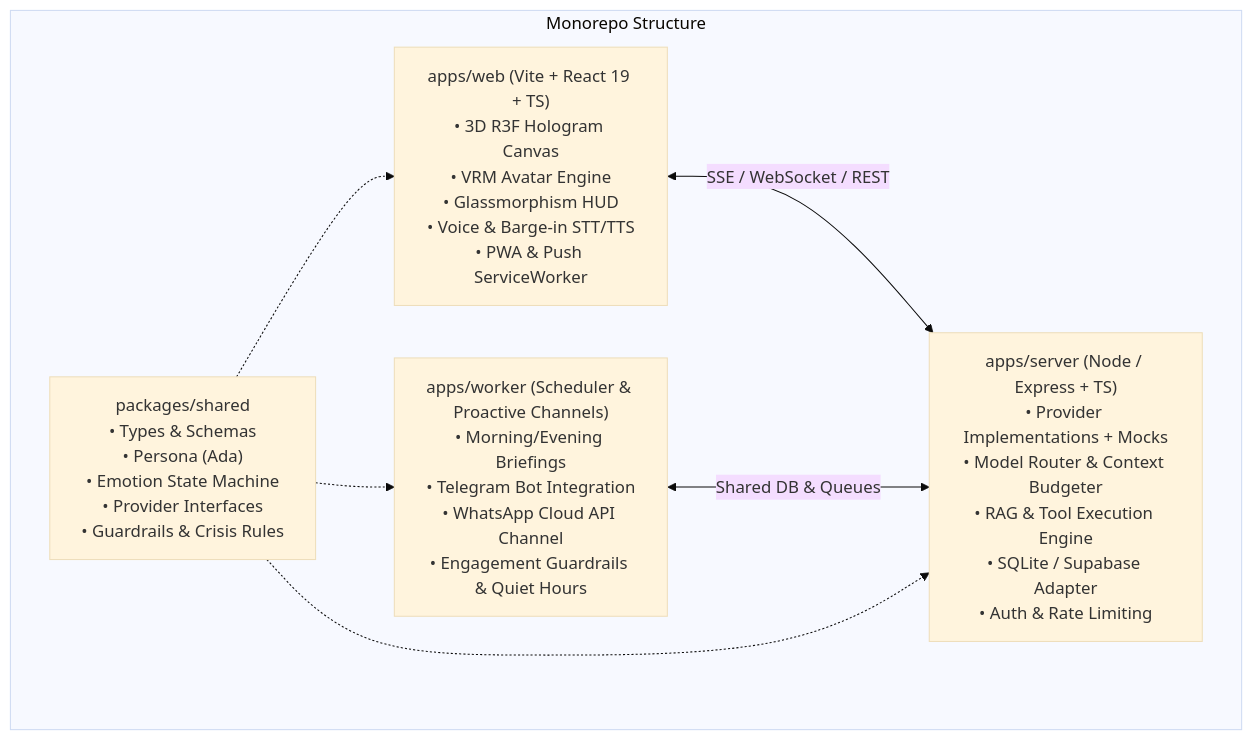
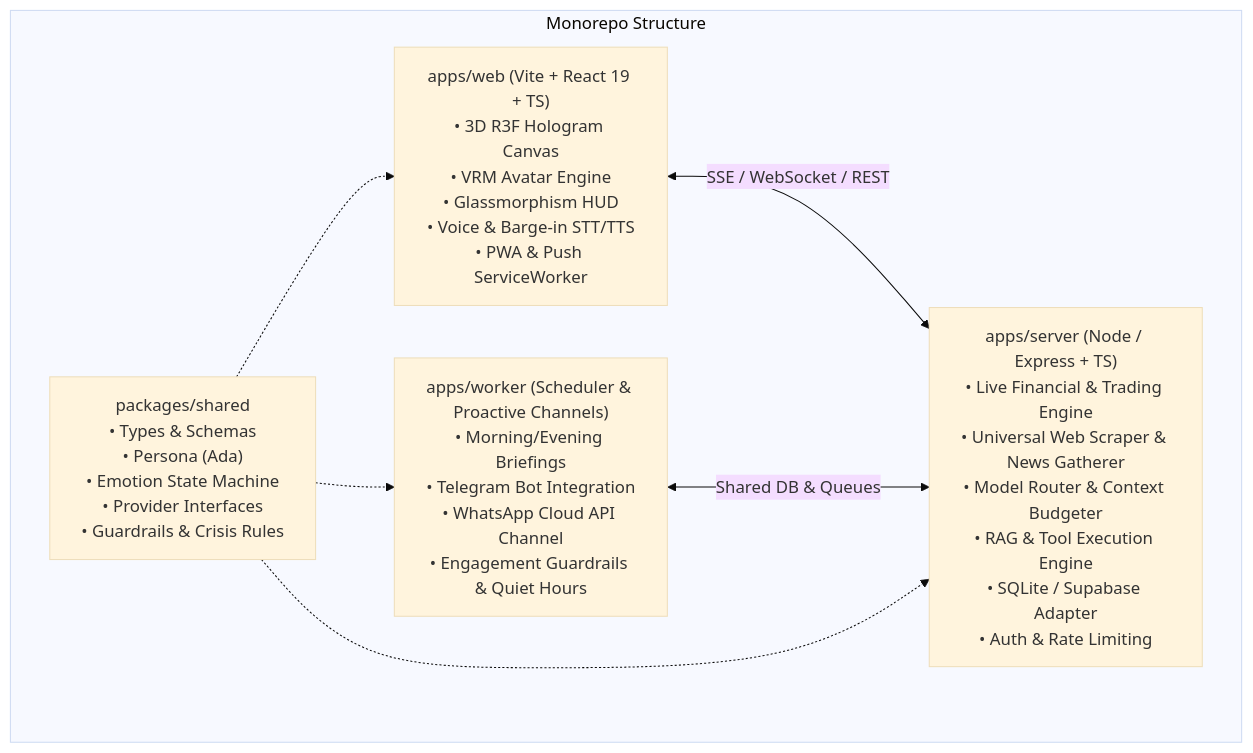
Before and after one commit to priyanrajj-hub/GF-AI: the diagram in PLAN.md, drawn with Mermaid (base theme). The commit also changed other lines of this file and 12 other files, not shown here.

````diff
--- a/PLAN.md
+++ b/PLAN.md
@@ -12,15 +12,15 @@
 ```mermaid
 flowchart TB
     subgraph Monorepo["Monorepo Structure"]
         Shared["packages/shared<br/>• Types & Schemas<br/>• Persona (Ada)<br/>• Emotion State Machine<br/>• Provider Interfaces<br/>• Guardrails & Crisis Rules"]
         Web["apps/web (Vite + React 19 + TS)<br/>• 3D R3F Hologram Canvas<br/>• VRM Avatar Engine<br/>• Glassmorphism HUD<br/>• Voice & Barge-in STT/TTS<br/>• PWA & Push ServiceWorker"]
-        Server["apps/server (Node / Express + TS)<br/>• Provider Implementations + Mocks<br/>• Model Router & Context Budgeter<br/>• RAG & Tool Execution Engine<br/>• SQLite / Supabase Adapter<br/>• Auth & Rate Limiting"]
+        Server["apps/server (Node / Express + TS)<br/>• Live Financial & Trading Engine<br/>• Universal Web Scraper & News Gatherer<br/>• Model Router & Context Budgeter<br/>• RAG & Tool Execution Engine<br/>• SQLite / Supabase Adapter<br/>• Auth & Rate Limiting"]
         Worker["apps/worker (Scheduler & Proactive Channels)<br/>• Morning/Evening Briefings<br/>• Telegram Bot Integration<br/>• WhatsApp Cloud API Channel<br/>• Engagement Guardrails & Quiet Hours"]
     end
 
     Web <-->|"SSE / WebSocket / REST"| Server
     Worker <-->|"Shared DB & Queues"| Server
     Shared -.-> Web
     Shared -.-> Server
     Shared -.-> Worker
 ```
````
